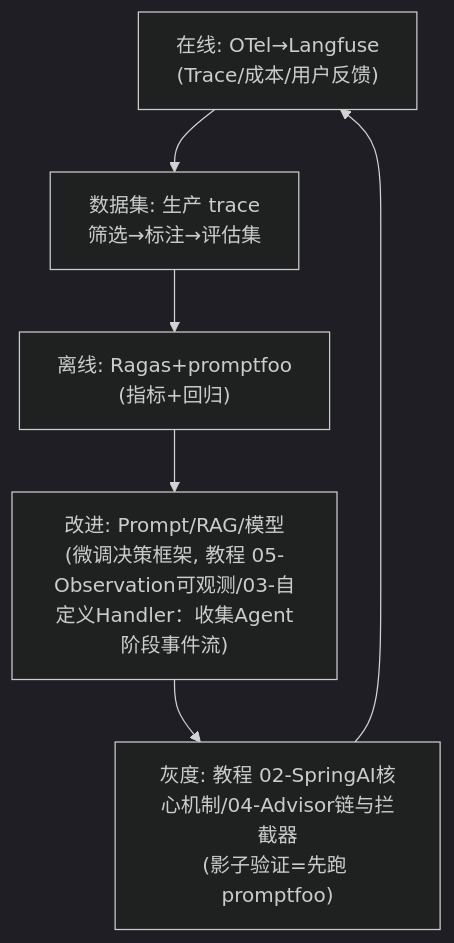
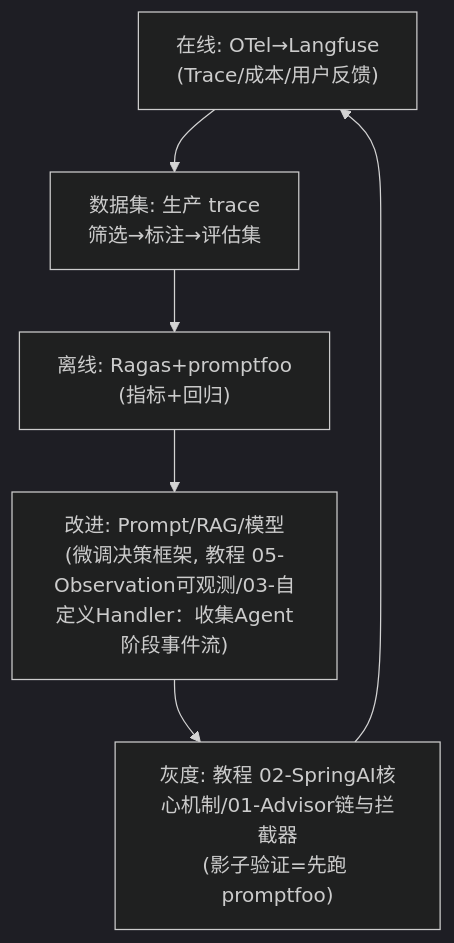
One commit to UranusGit/java-agent-learn changed the second of 2 diagrams in docs/附录/11-评估与可观测生态/00-Langfuse与Ragas集成.md. Above: the diagram before and after it, drawn with Mermaid (dark theme). The commit also changed other lines of this file and 133 other files, not shown here.

First line of the commit message:
教程02-SpringAI核心机制：官网教程企业级7篇补充+13篇重排（第十批）

````diff
--- a/docs/附录/11-评估与可观测生态/00-Langfuse与Ragas集成.md
+++ b/docs/附录/11-评估与可观测生态/00-Langfuse与Ragas集成.md
@@ -79,8 +79,8 @@
 ```mermaid
 flowchart TB
     L1["在线: OTel→Langfuse<br/>(Trace/成本/用户反馈)"] --> L2["数据集: 生产 trace<br/>筛选→标注→评估集"]
     L2 --> L3["离线: Ragas+promptfoo<br/>(指标+回归)"]
     L3 --> L4["改进: Prompt/RAG/模型<br/>(微调决策框架, 教程 05-Observation可观测/03-自定义Handler：收集Agent阶段事件流)"]
-    L4 --> L5["灰度: 教程 02-SpringAI核心机制/04-Advisor链与拦截器<br/>(影子验证=先跑 promptfoo)"]
+    L4 --> L5["灰度: 教程 02-SpringAI核心机制/01-Advisor链与拦截器<br/>(影子验证=先跑 promptfoo)"]
     L5 --> L1
 ```
````
